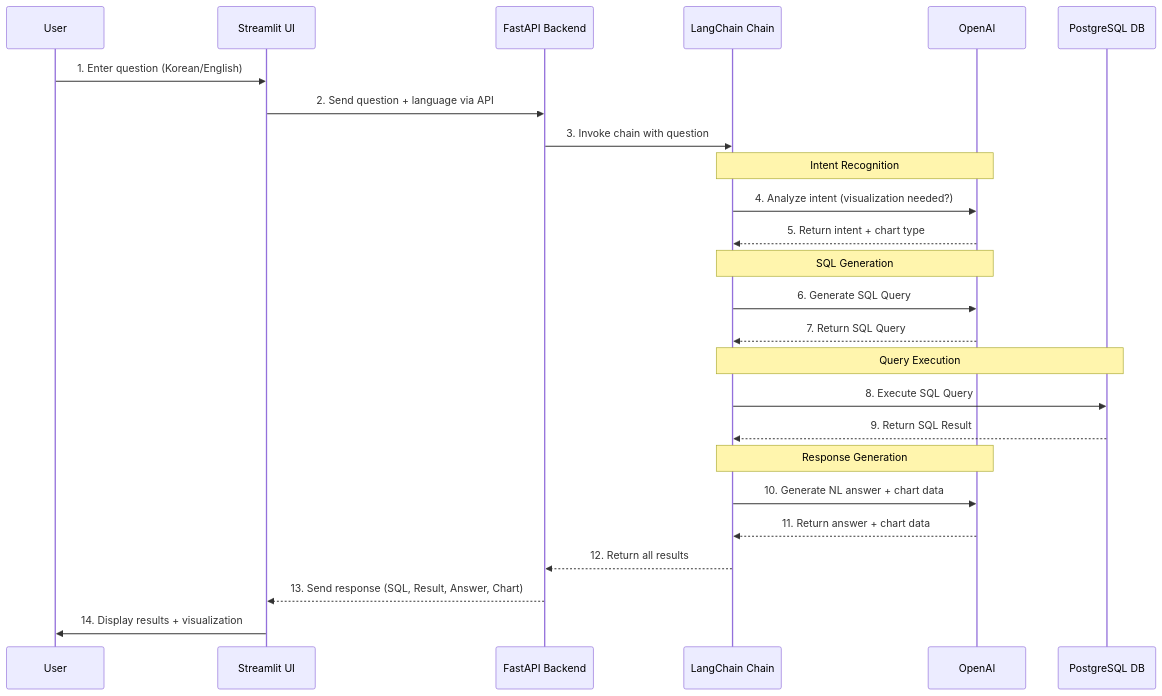
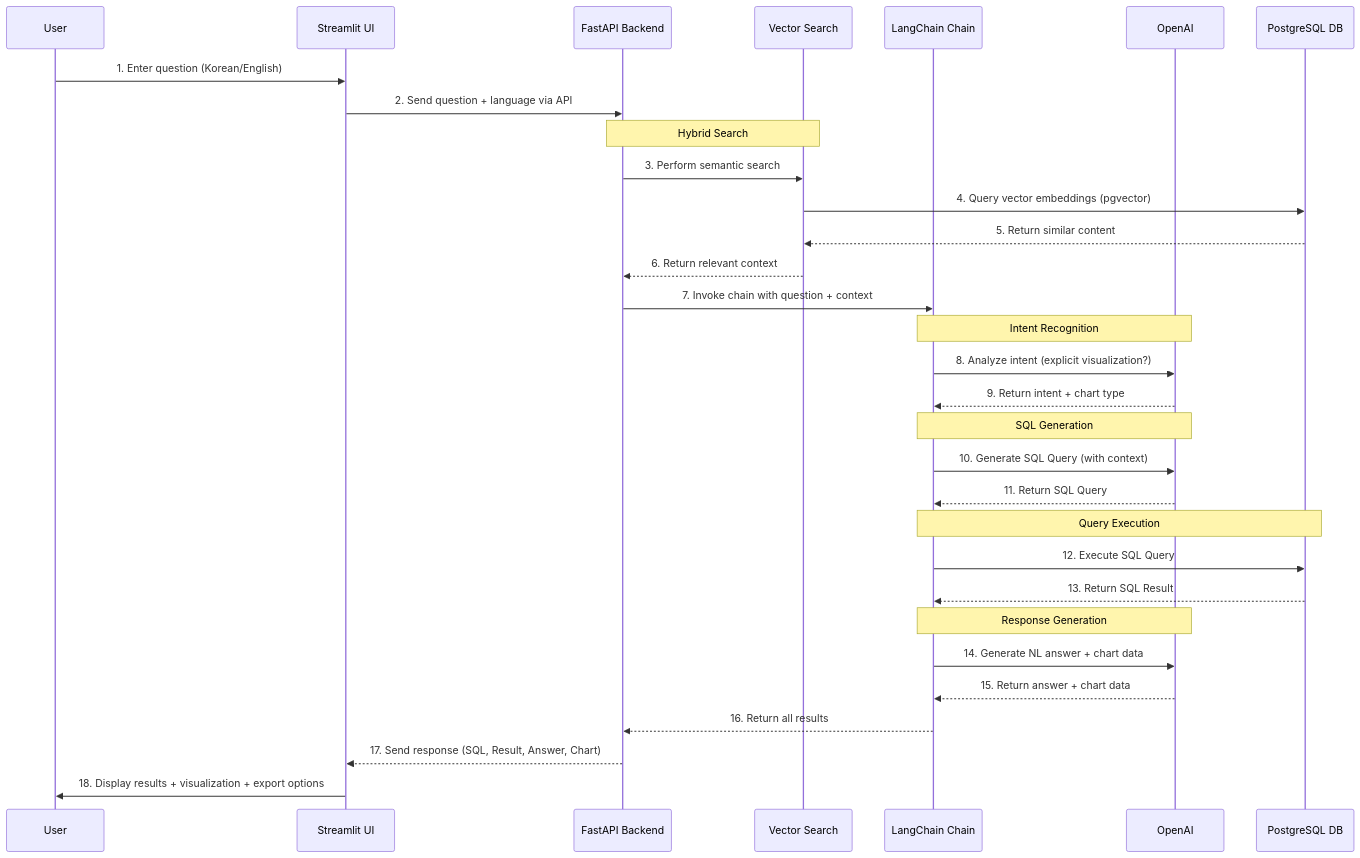
The diagram in README.md (myang0413/mungyu_version_query_vending_machine), drawn with Mermaid before and after one commit. The commit also changed other lines of this file and 7 other files, not shown here.

````diff
--- a/README.md
+++ b/README.md
@@ -18,33 +21,41 @@
 ```mermaid
 sequenceDiagram
     participant User
     participant Streamlit UI
     participant FastAPI Backend
+    participant Vector Search
     participant LangChain Chain
     participant OpenAI
     participant PostgreSQL DB
 
     User->>Streamlit UI: 1. Enter question (Korean/English)
     Streamlit UI->>FastAPI Backend: 2. Send question + language via API
-    FastAPI Backend->>LangChain Chain: 3. Invoke chain with question
+    
+    Note over FastAPI Backend,Vector Search: Hybrid Search
+    FastAPI Backend->>Vector Search: 3. Perform semantic search
+    Vector Search->>PostgreSQL DB: 4. Query vector embeddings (pgvector)
+    PostgreSQL DB-->>Vector Search: 5. Return similar content
+    Vector Search-->>FastAPI Backend: 6. Return relevant context
+    
+    FastAPI Backend->>LangChain Chain: 7. Invoke chain with question + context
     
     Note over LangChain Chain,OpenAI: Intent Recognition
-    LangChain Chain->>OpenAI: 4. Analyze intent (visualization needed?)
-    OpenAI-->>LangChain Chain: 5. Return intent + chart type
+    LangChain Chain->>OpenAI: 8. Analyze intent (explicit visualization?)
+    OpenAI-->>LangChain Chain: 9. Return intent + chart type
     
     Note over LangChain Chain,OpenAI: SQL Generation
-    LangChain Chain->>OpenAI: 6. Generate SQL Query
-    OpenAI-->>LangChain Chain: 7. Return SQL Query
+    LangChain Chain->>OpenAI: 10. Generate SQL Query (with context)
+    OpenAI-->>LangChain Chain: 11. Return SQL Query
     
     Note over LangChain Chain,PostgreSQL DB: Query Execution
-    LangChain Chain->>PostgreSQL DB: 8. Execute SQL Query
-    PostgreSQL DB-->>LangChain Chain: 9. Return SQL Result
+    LangChain Chain->>PostgreSQL DB: 12. Execute SQL Query
+    PostgreSQL DB-->>LangChain Chain: 13. Return SQL Result
     
     Note over LangChain Chain,OpenAI: Response Generation
-    LangChain Chain->>OpenAI: 10. Generate NL answer + chart data
-    OpenAI-->>LangChain Chain: 11. Return answer + chart data
+    LangChain Chain->>OpenAI: 14. Generate NL answer + chart data
+    OpenAI-->>LangChain Chain: 15. Return answer + chart data
     
-    LangChain Chain-->>FastAPI Backend: 12. Return all results
-    FastAPI Backend-->>Streamlit UI: 13. Send response (SQL, Result, Answer, Chart)
-    Streamlit UI->>User: 14. Display results + visualization
+    LangChain Chain-->>FastAPI Backend: 16. Return all results
+    FastAPI Backend-->>Streamlit UI: 17. Send response (SQL, Result, Answer, Chart)
+    Streamlit UI->>User: 18. Display results + visualization + export options
 ```
````
